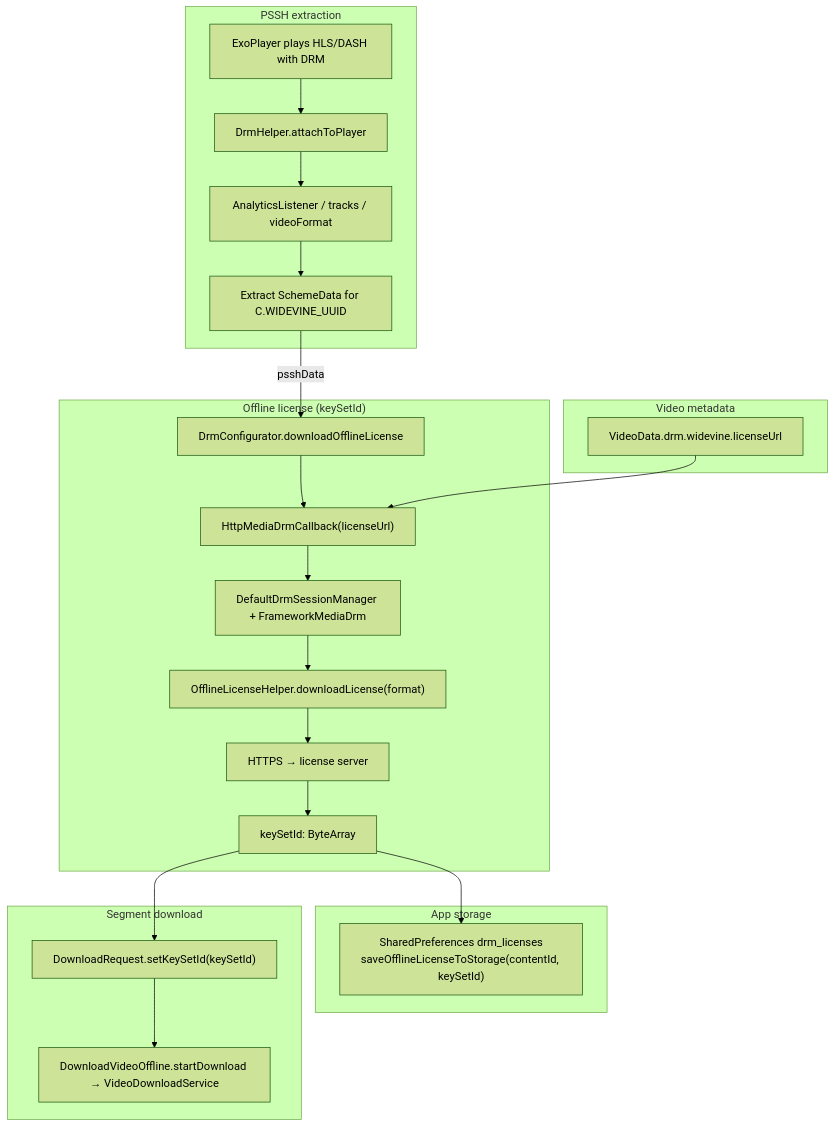
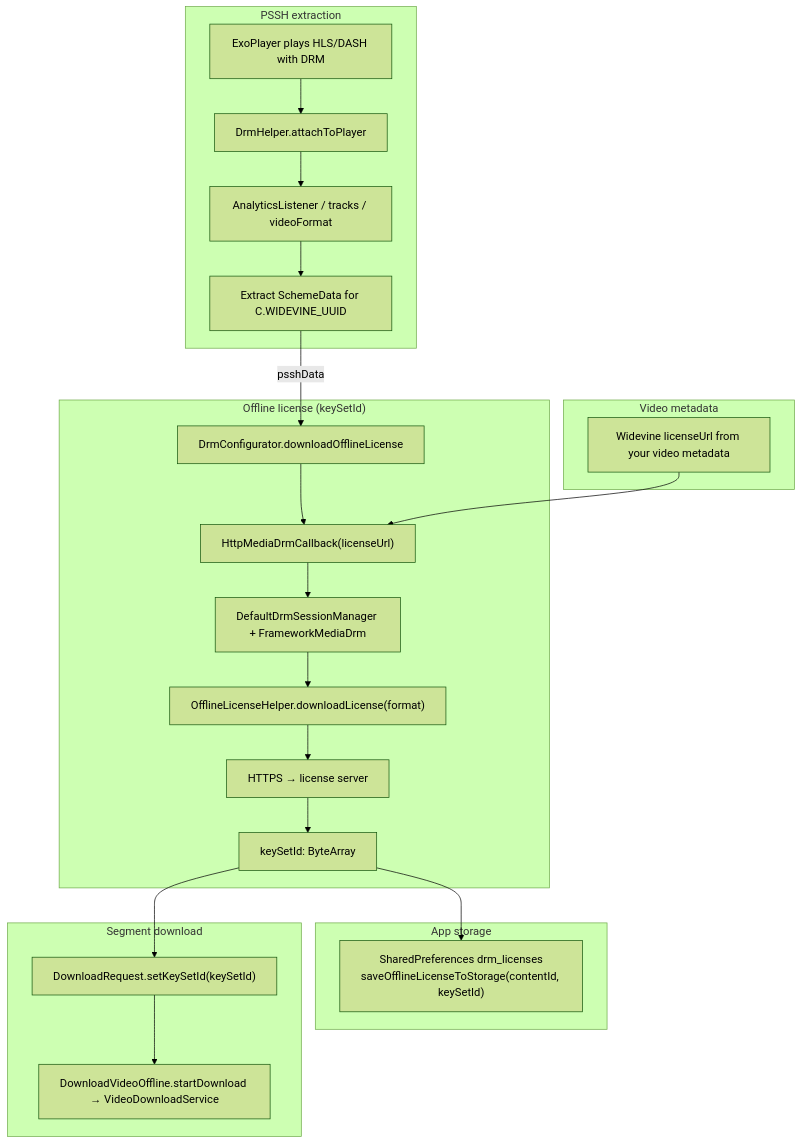
The first of 2 diagrams in docs/offline-downloads.md (kinescope/kotlin-kinescope-player), drawn with Mermaid (forest theme) before and after one commit. The commit also changed other lines of this file and 107 other files, not shown here.

````diff
--- a/docs/offline-downloads.md
+++ b/docs/offline-downloads.md
@@ -54,38 +56,38 @@
 ```mermaid
 flowchart
     subgraph meta["Video metadata"]
-        VD["VideoData.drm.widevine.licenseUrl"]
+        VD["Widevine licenseUrl from your video metadata"]
     end
 
     subgraph pssh["PSSH extraction"]
         EP["ExoPlayer plays HLS/DASH with DRM"]
         DH["DrmHelper.attachToPlayer"]
         AN["AnalyticsListener / tracks / videoFormat"]
         EX["Extract SchemeData for C.WIDEVINE_UUID"]
         EP --> DH --> AN --> EX
     end
 
     subgraph lic["Offline license (keySetId)"]
         DC["DrmConfigurator.downloadOfflineLicense"]
         HCB["HttpMediaDrmCallback(licenseUrl)"]
         DSM["DefaultDrmSessionManager + FrameworkMediaDrm"]
         OLH["OfflineLicenseHelper.downloadLicense(format)"]
         NET["HTTPS → license server"]
         KS["keySetId: ByteArray"]
         DC --> HCB --> DSM --> OLH --> NET --> KS
     end
 
     subgraph store["App storage"]
         SP["SharedPreferences drm_licenses<br/>saveOfflineLicenseToStorage(contentId, keySetId)"]
     end
 
     subgraph dl["Segment download"]
         DR["DownloadRequest.setKeySetId(keySetId)"]
         DVO["DownloadVideoOffline.startDownload → VideoDownloadService"]
         KS --> SP
         KS --> DR --> DVO
     end
 
     VD --> HCB
     EX -->|"psshData"| DC
 ```
````
